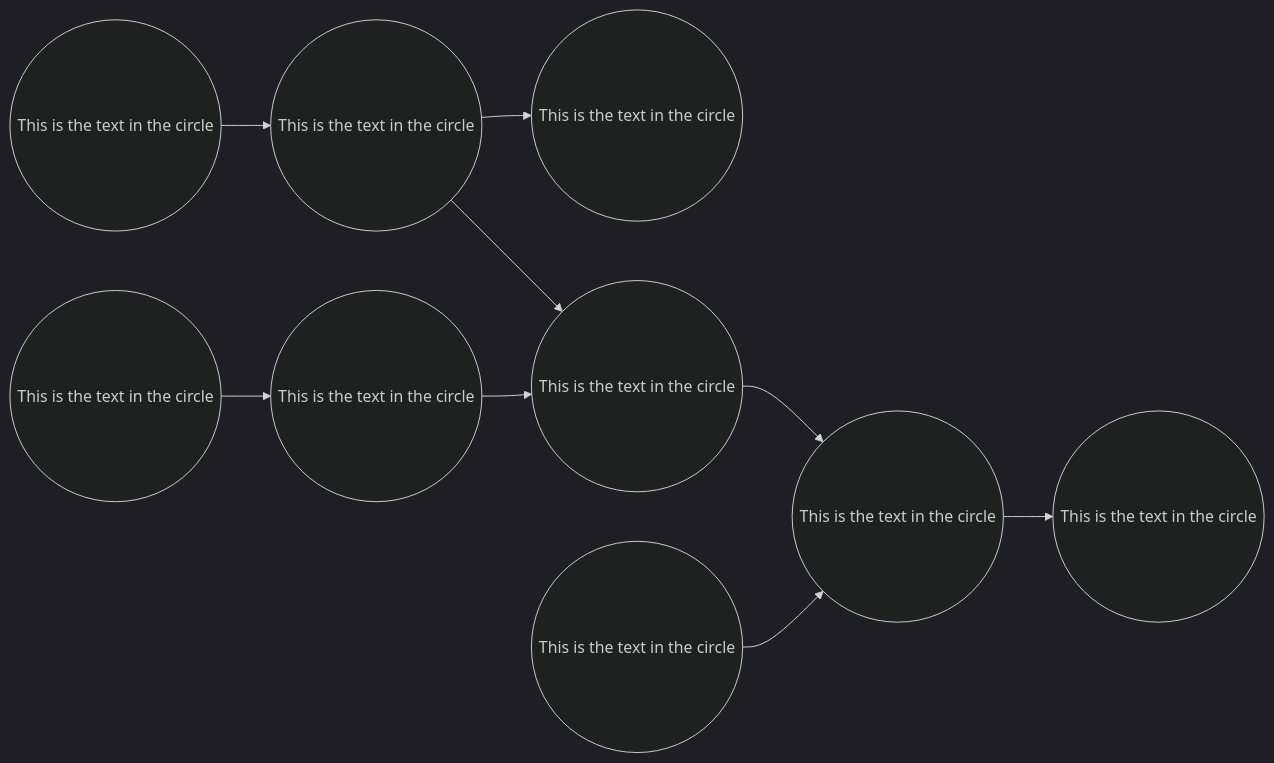
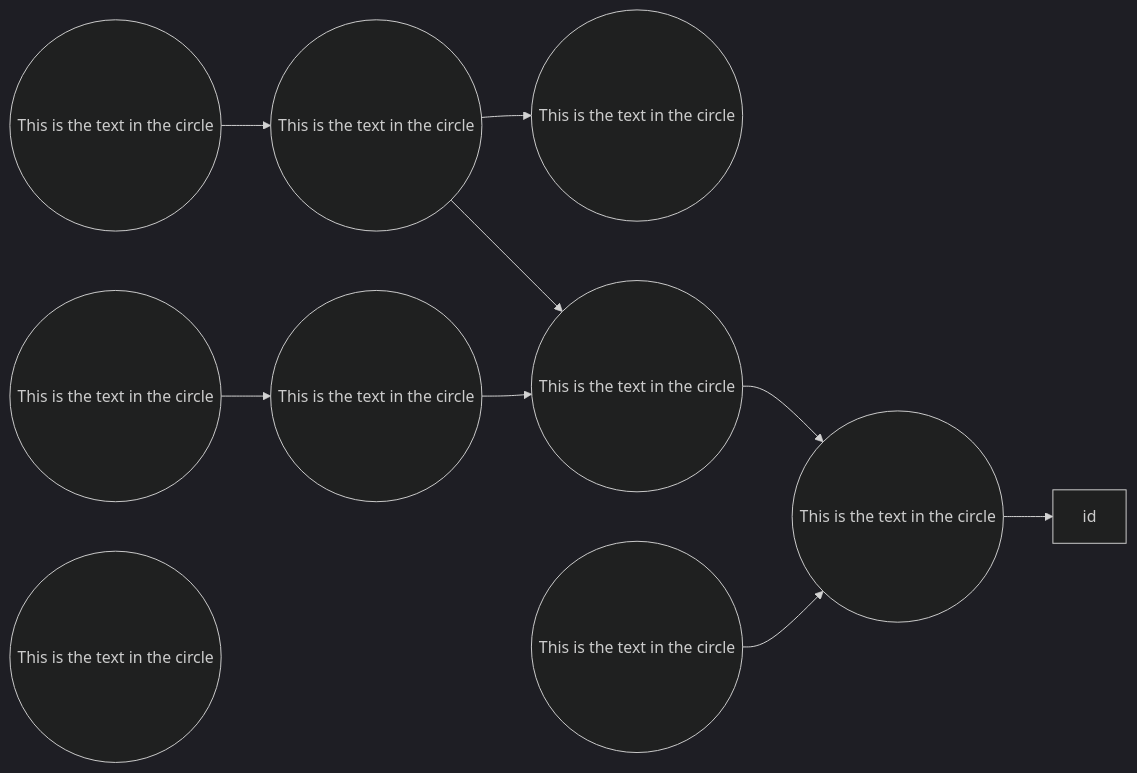
The second of 2 diagrams in slides.md (gerbssusd/dok), drawn with Mermaid (dark theme) before and after one commit.

````diff
--- a/slides.md
+++ b/slides.md
@@ -499,14 +499,14 @@
 ```mermaid {scale: .60}
 
 flowchart LR
     id1((This is the text in the circle)) -->
     id2((This is the text in the circle)) -->
     id3((This is the text in the circle))
        id3.1((This is the text in the circle))-->
        id3.2((This is the text in the circle))-->id4
    id2 --> id4((This is the text in the circle)) -->id6
     id5((This is the text in the circle)) -->
-    id6((This is the text in the circle)) -->
+    id6((This is the text in the circle)) -->id
     id7((This is the text in the circle))
 
 ```
````
